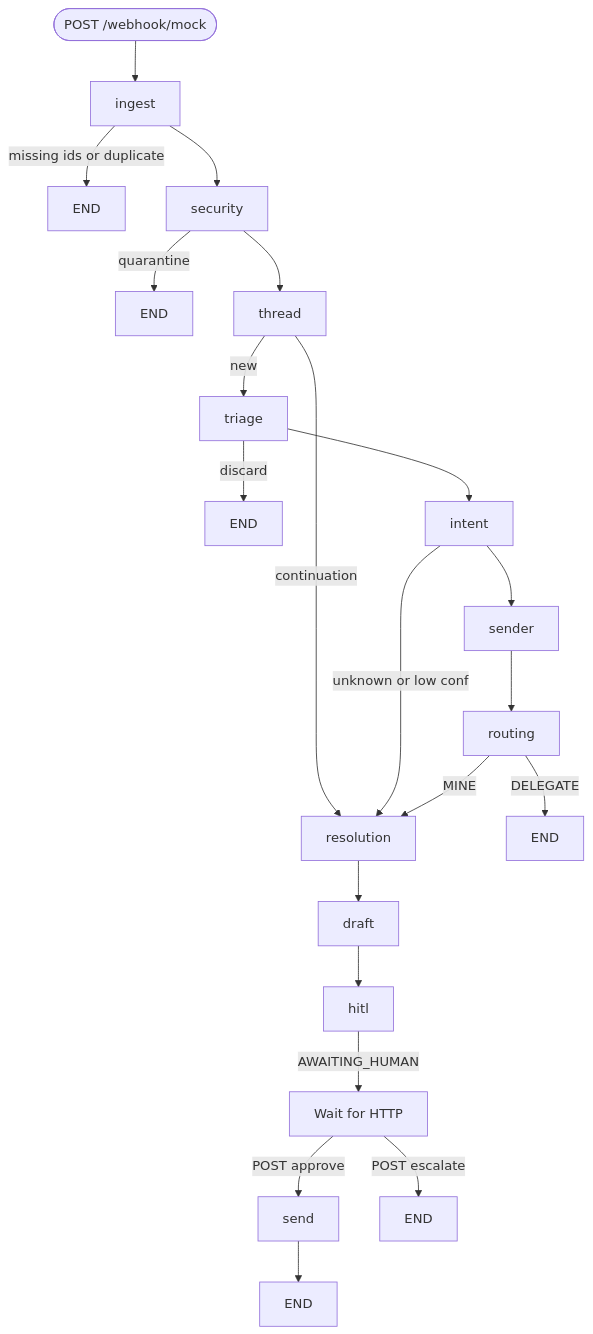
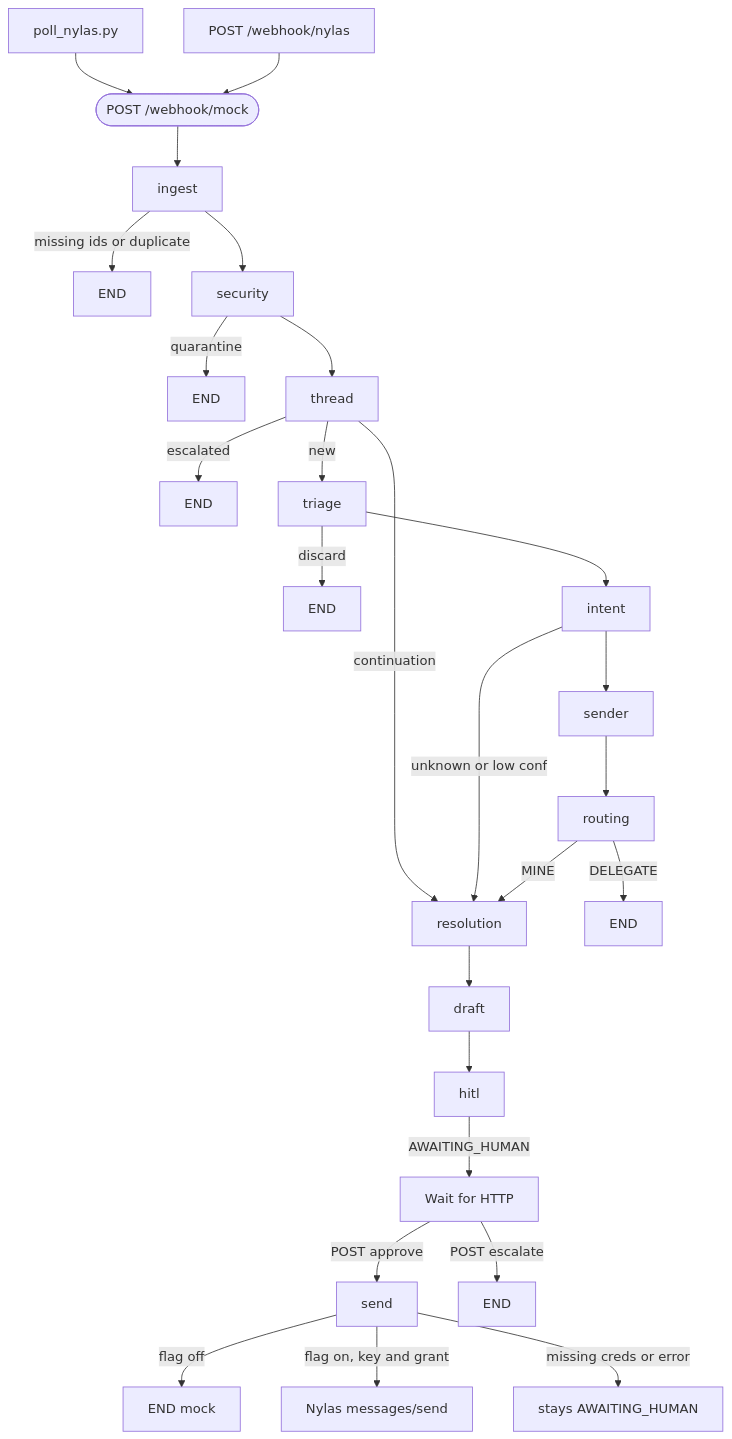
The diagram in README.md (Jtomaspires/AP-wokflow), drawn with Mermaid before and after one commit. The commit also changed other lines of this file and 138 other files, not shown here.

````diff
--- a/README.md
+++ b/README.md
@@ -131,23 +132,28 @@
 ```mermaid
 flowchart TD
+  POLL[poll_nylas.py] --> START
+  NYLAS[POST /webhook/nylas] --> START
   START([POST /webhook/mock]) --> ingest
   ingest -->|missing ids or duplicate| E1[END]
   ingest --> security
   security -->|quarantine| E2[END]
   security --> thread
+  thread -->|escalated| E2b[END]
   thread -->|continuation| resolution
   thread -->|new| triage
   triage -->|discard| E3[END]
   triage --> intent
   intent -->|unknown or low conf| resolution
   intent --> sender
   sender --> routing
   routing -->|DELEGATE| E4[END]
   routing -->|MINE| resolution
   resolution --> draft
   draft --> hitl
   hitl -->|AWAITING_HUMAN| wait[Wait for HTTP]
   wait -->|POST approve| send
   wait -->|POST escalate| E5[END]
-  send --> E6[END]
+  send -->|flag off| E6[END mock]
+  send -->|flag on, key and grant| NYOUT[Nylas messages/send]
+  send -->|missing creds or error| E7[stays AWAITING_HUMAN]
 ```
````
